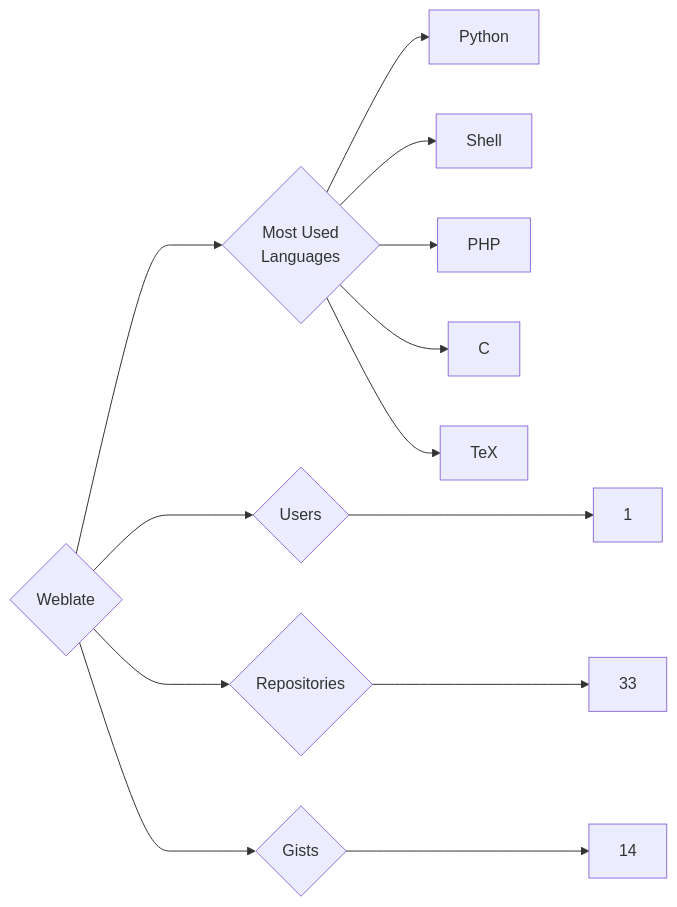
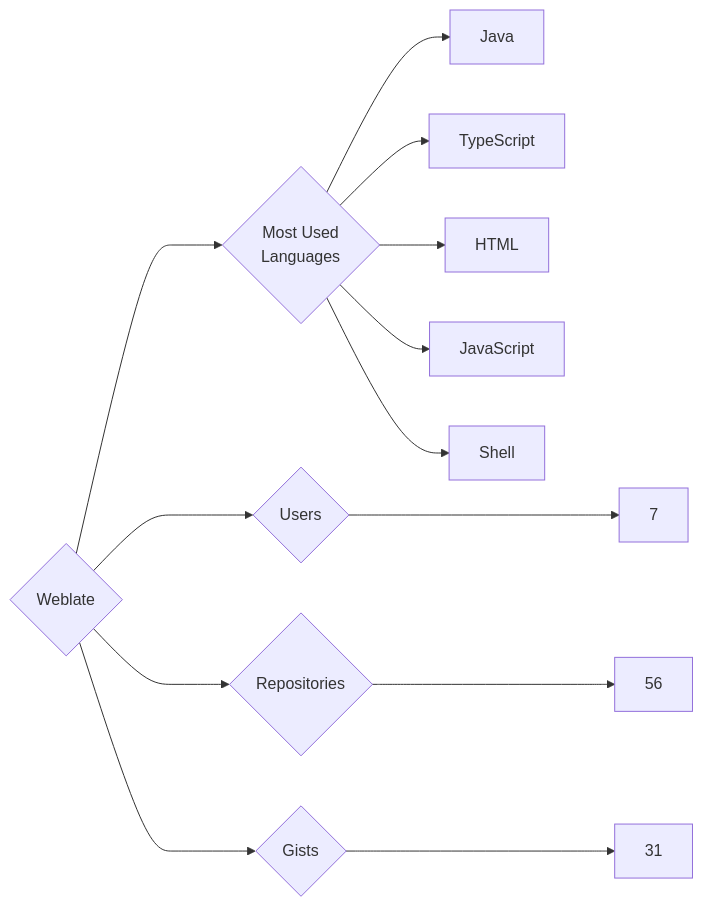
One commit to trickest/insiders changed the diagram in targets/Weblate/README.md. Above: the diagram before and after it, drawn with Mermaid. The commit also changed 1696 other files, not shown here.

````diff
--- a/targets/Weblate/README.md
+++ b/targets/Weblate/README.md
@@ -3,13 +3,13 @@
 ```mermaid
 graph LR
 COMPANY_NAME{Weblate}
-COMPANY_NAME ---> U{Users} ---> UN[1]
-COMPANY_NAME ---> R{Repositories} ---> RN[33]
-COMPANY_NAME ---> G{Gists} ---> GN[14]
+COMPANY_NAME ---> U{Users} ---> UN[7]
+COMPANY_NAME ---> R{Repositories} ---> RN[56]
+COMPANY_NAME ---> G{Gists} ---> GN[31]
 COMPANY_NAME ---> ML{Most Used<br>Languages}
-ML --> Python[Python]
+ML --> Java[Java]
+ML --> TypeScript[TypeScript]
+ML --> HTML[HTML]
+ML --> JavaScript[JavaScript]
 ML --> Shell[Shell]
-ML --> PHP[PHP]
-ML --> C[C]
-ML --> TeX[TeX]
 ```
````
